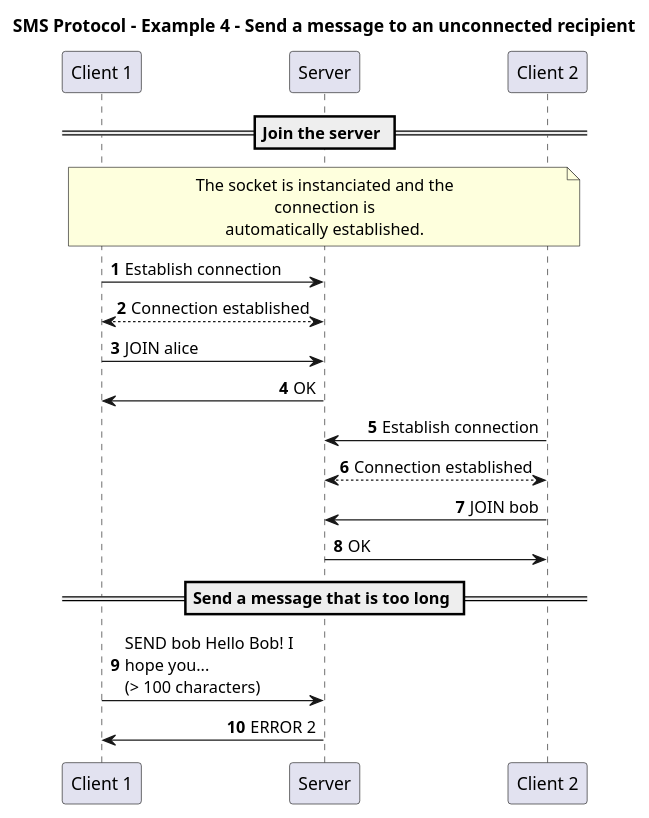
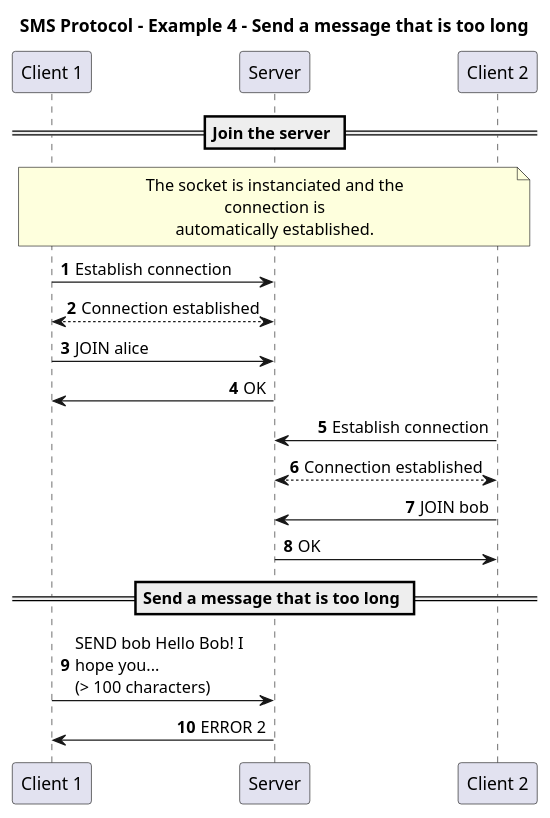
Before and after one commit to heig-vd-dai-course/heig-vd-dai-course: the diagram in 06.01-define-an-application-protocol/02-code-examples/images/sms-protocol-example-4-send-a-message-that-is-too-long.plantuml, drawn with PlantUML. The commit also changed 9 other files, not shown here.

```diff
--- a/06.01-define-an-application-protocol/02-code-examples/images/sms-protocol-example-4-send-a-message-that-is-too-long.plantuml
+++ b/06.01-define-an-application-protocol/02-code-examples/images/sms-protocol-example-4-send-a-message-that-is-too-long.plantuml
@@ -1,40 +1,40 @@
 @startuml sms-protocol-example-4-send-a-message-that-is-too-long-example
 skinparam boxPadding 100
 skinparam maxMessageSize 150
 skinparam noteTextAlignment center
 skinparam sequenceMessageAlign direction
 skinparam wrapWidth 250
 autonumber
 
 !pragma teoz true
 
-title "SMS Protocol - Example 4 - Send a message to an unconnected recipient"
+title "SMS Protocol - Example 4 - Send a message that is too long"
 
 participant "Client 1" as c1
 participant "Server" as s
 participant "Client 2" as c2
 
 == Join the server ==
 
 note over c1, c2
 The socket is instanciated and the connection is
 automatically established.
 end note
 
 c1->s : Establish connection
 c1<-->s : Connection established
 
 c1->s: JOIN alice
 s->c1: OK
 
 c2->s : Establish connection
 c2<-->s : Connection established
 
 c2->s: JOIN bob
 s->c2: OK
 
 == Send a message that is too long ==
 
 c1->s: SEND bob Hello Bob! I hope you...\n(> 100 characters)
 s->c1: ERROR 2
 @enduml
```
